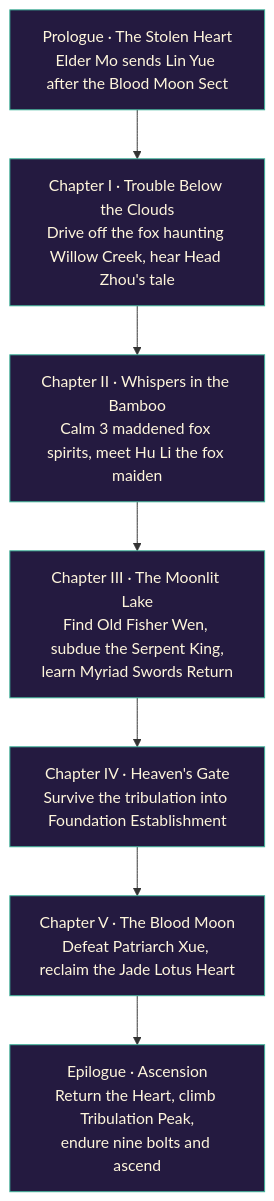
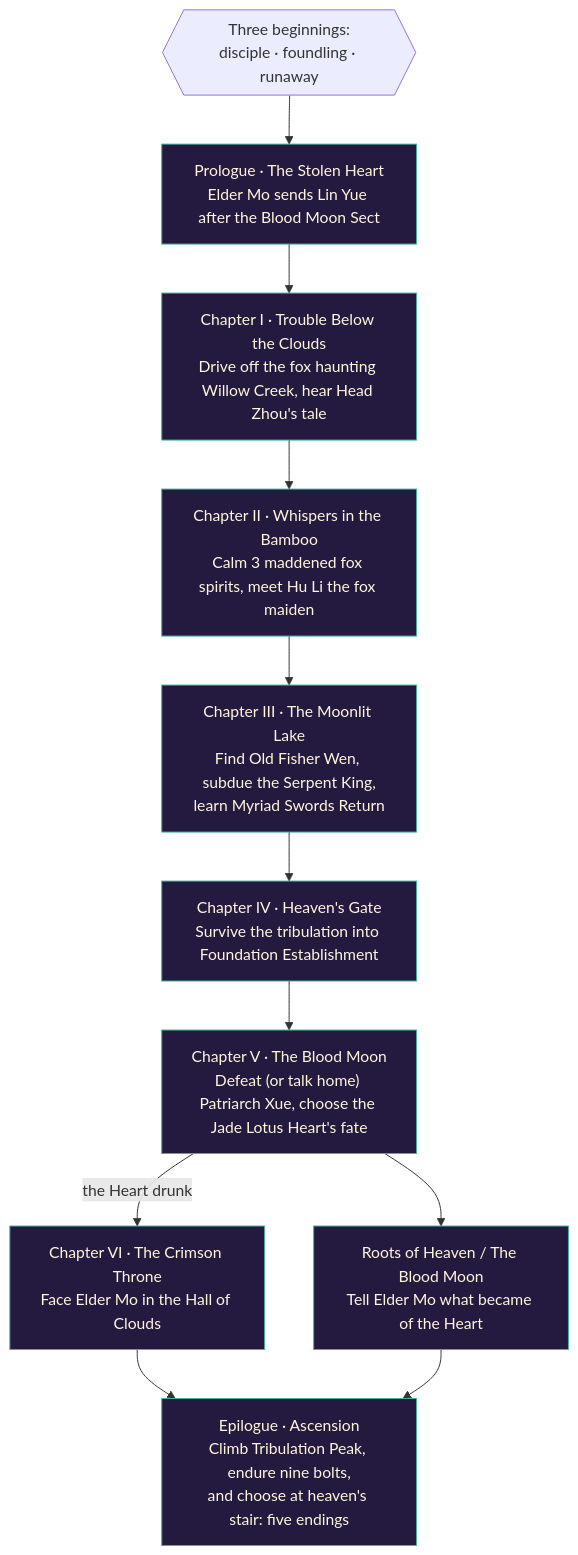
One commit to jgyy/pixelop changed diagram 12 of 23 in README.md. Above: the diagram before and after it, drawn with Mermaid. The commit also changed other lines of this file and 44 other files, not shown here.

First line of the commit message:
feat: three beginnings, a Heart to choose, five endings, new forms and gestures, and fixes (#11)

````diff
--- a/README.md
+++ b/README.md
@@ -545,12 +633,15 @@
 ```mermaid
 flowchart TD
+  O{{"Three beginnings:<br/>disciple · foundling · runaway"}} --> P
   P["Prologue · The Stolen Heart<br/>Elder Mo sends Lin Yue after the Blood Moon Sect"] --> C1
   C1["Chapter I · Trouble Below the Clouds<br/>Drive off the fox haunting Willow Creek, hear Head Zhou's tale"] --> C2
   C2["Chapter II · Whispers in the Bamboo<br/>Calm 3 maddened fox spirits, meet Hu Li the fox maiden"] --> C3
   C3["Chapter III · The Moonlit Lake<br/>Find Old Fisher Wen, subdue the Serpent King,<br/>learn Myriad Swords Return"] --> C4
   C4["Chapter IV · Heaven's Gate<br/>Survive the tribulation into Foundation Establishment"] --> C5
-  C5["Chapter V · The Blood Moon<br/>Defeat Patriarch Xue, reclaim the Jade Lotus Heart"] --> E
-  E["Epilogue · Ascension<br/>Return the Heart, climb Tribulation Peak,<br/>endure nine bolts and ascend"]
+  C5["Chapter V · The Blood Moon<br/>Defeat (or talk home) Patriarch Xue, choose the Jade Lotus Heart's fate"] --> C6
+  C5 -- "the Heart drunk" --> C6b["Chapter VI · The Crimson Throne<br/>Face Elder Mo in the Hall of Clouds"] --> E
+  C6["Roots of Heaven / The Blood Moon<br/>Tell Elder Mo what became of the Heart"] --> E
+  E["Epilogue · Ascension<br/>Climb Tribulation Peak, endure nine bolts,<br/>and choose at heaven's stair: five endings"]
   classDef c fill:#241a40,stroke:#3fb59a,color:#fff6dc;
-  class P,C1,C2,C3,C4,C5,E c;
+  class P,C1,C2,C3,C4,C5,C6,C6b,E c;
 ```
````
